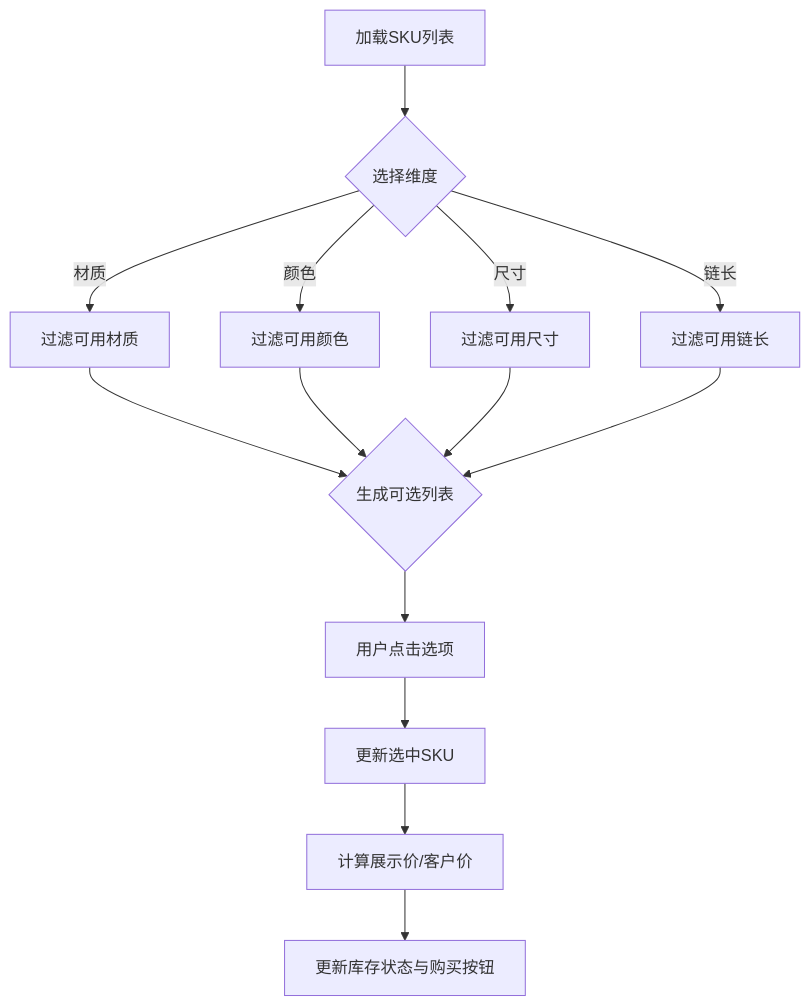
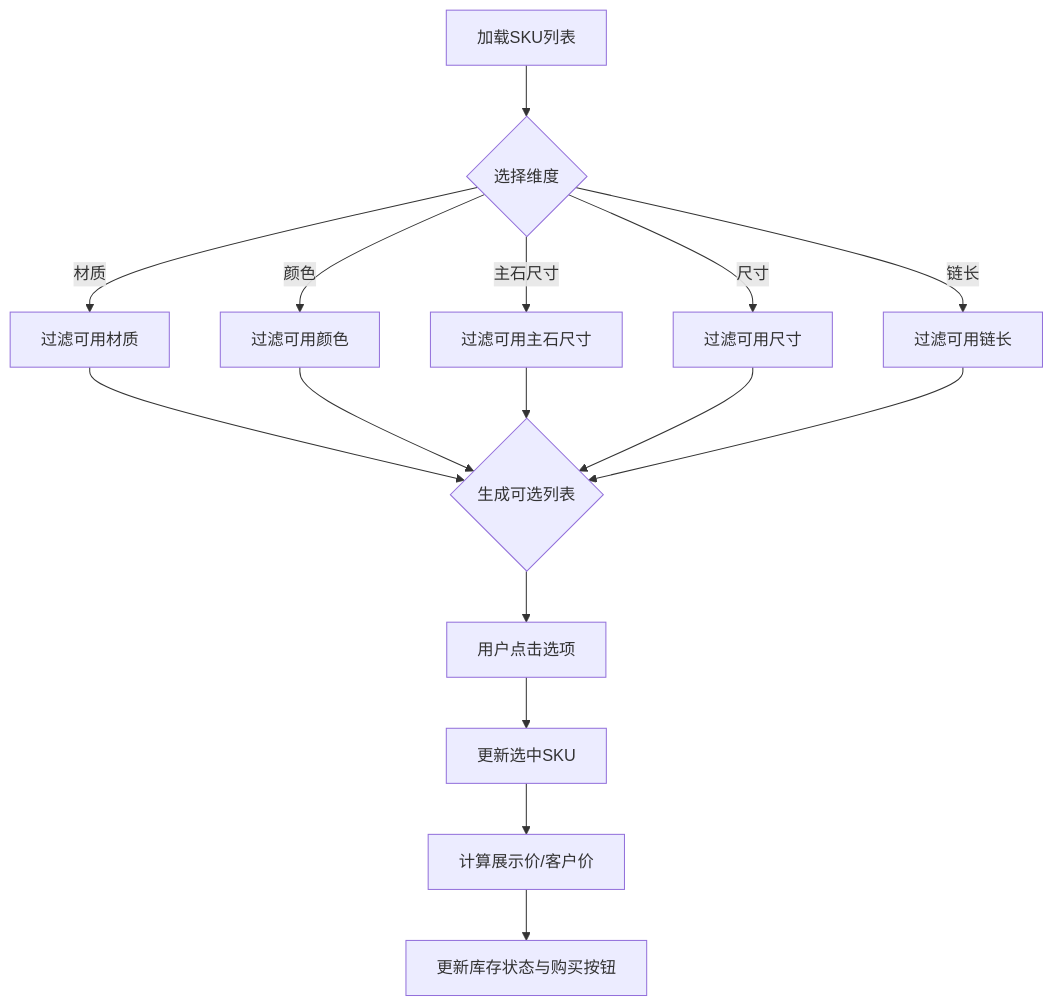
Before and after one commit to three3638-arch/celestia_2b: the fourth of 8 diagrams in .qoder/repowiki/zh/content/前台商店系统/商品展示系统/商品详情页面.md, drawn with Mermaid. The commit also changed other lines of this file and 5 other files, not shown here.

````diff
--- a/.qoder/repowiki/zh/content/前台商店系统/商品展示系统/商品详情页面.md
+++ b/.qoder/repowiki/zh/content/前台商店系统/商品展示系统/商品详情页面.md
@@ -168,16 +187,18 @@
 ```mermaid
 flowchart TD
 A["加载SKU列表"] --> B{"选择维度"}
 B --> |材质| C["过滤可用材质"]
 B --> |颜色| D["过滤可用颜色"]
-B --> |尺寸| E["过滤可用尺寸"]
-B --> |链长| F["过滤可用链长"]
-C --> G{"生成可选列表"}
-D --> G
-E --> G
-F --> G
-G --> H["用户点击选项"]
-H --> I["更新选中SKU"]
-I --> J["计算展示价/客户价"]
-J --> K["更新库存状态与购买按钮"]
+B --> |主石尺寸| E["过滤可用主石尺寸"]
+B --> |尺寸| F["过滤可用尺寸"]
+B --> |链长| G["过滤可用链长"]
+C --> H{"生成可选列表"}
+D --> H
+E --> H
+F --> H
+G --> H
+H --> I["用户点击选项"]
+I --> J["更新选中SKU"]
+J --> K["计算展示价/客户价"]
+K --> L["更新库存状态与购买按钮"]
 ```
````
